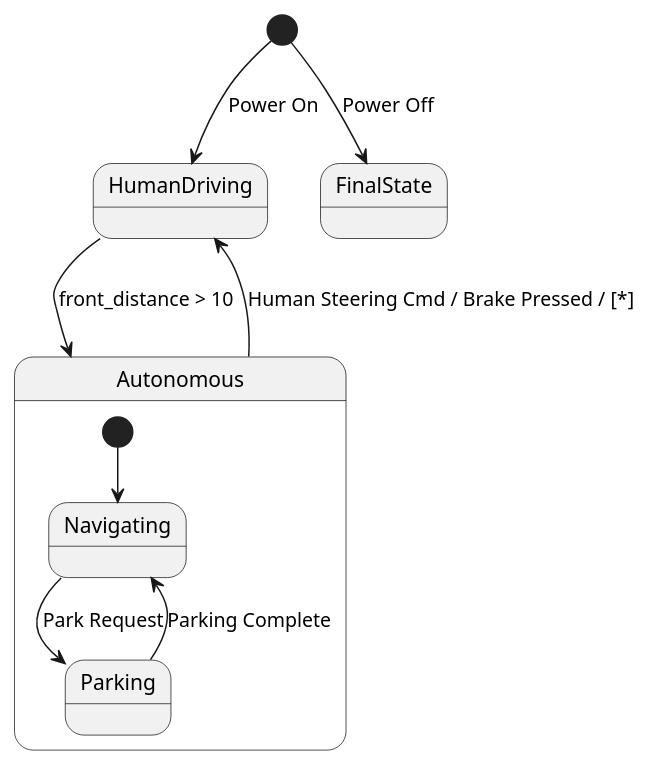
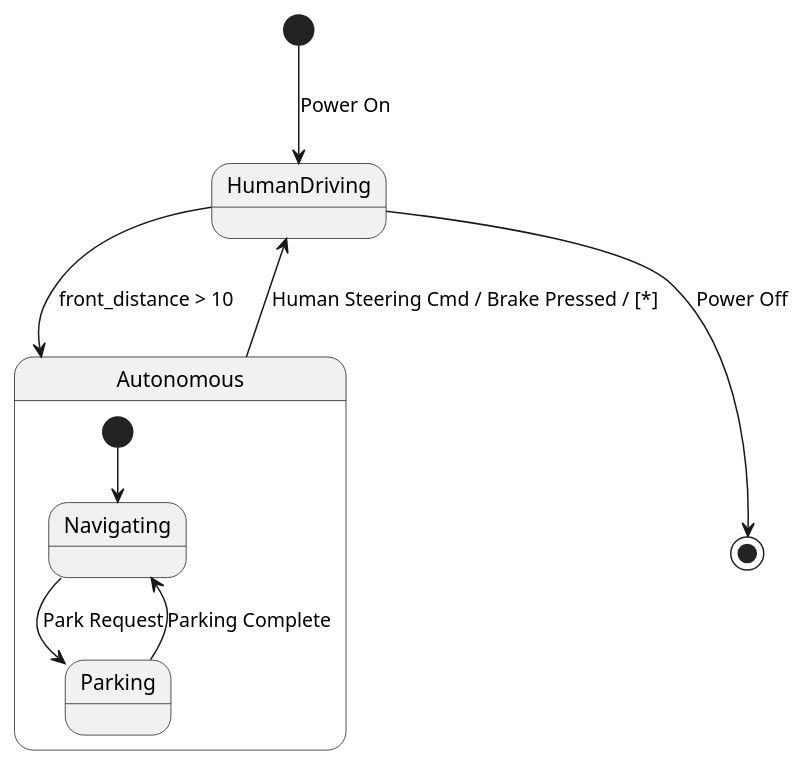
The diagram in project_1_llm_state_machine_modeling/paper_stm_repair/pipeline/representation/reports/llms_emp_r45_java_60/pairs/0030/README.md (HansBug/research_ideas), drawn with PlantUML before and after one commit. The commit also changed other lines of this file and 622 other files, not shown here.

First line of the commit message:
fix(paper1): 切换Phase-II最终池并重建PlantUML转换证据

````diff
--- a/project_1_llm_state_machine_modeling/paper_stm_repair/pipeline/representation/reports/llms_emp_r45_java_60/pairs/0030/README.md
+++ b/project_1_llm_state_machine_modeling/paper_stm_repair/pipeline/representation/reports/llms_emp_r45_java_60/pairs/0030/README.md
@@ -25,21 +73,21 @@
 ```plantuml
 @startuml
 [*] --> HumanDriving : Power On
 
 state HumanDriving {
 }
 
 state Autonomous {
 state Navigating
 state Parking
 [*] --> Navigating
 Navigating --> Parking : Park Request
 Parking --> Navigating : Parking Complete
 }
 
 HumanDriving --> Autonomous : front_distance > 10
 Autonomous --> HumanDriving : Human Steering Cmd / Brake Pressed / [*]
 
-[*] --> FinalState : Power Off
+HumanDriving --> [*] : Power Off
 @enduml
 ```
````
